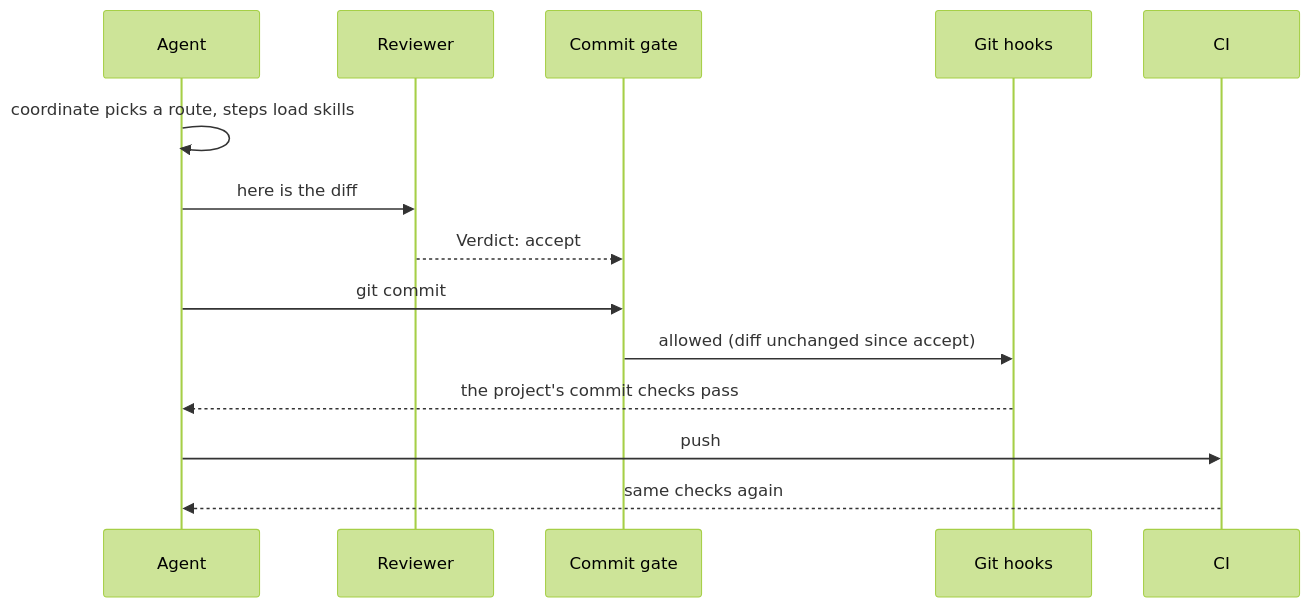
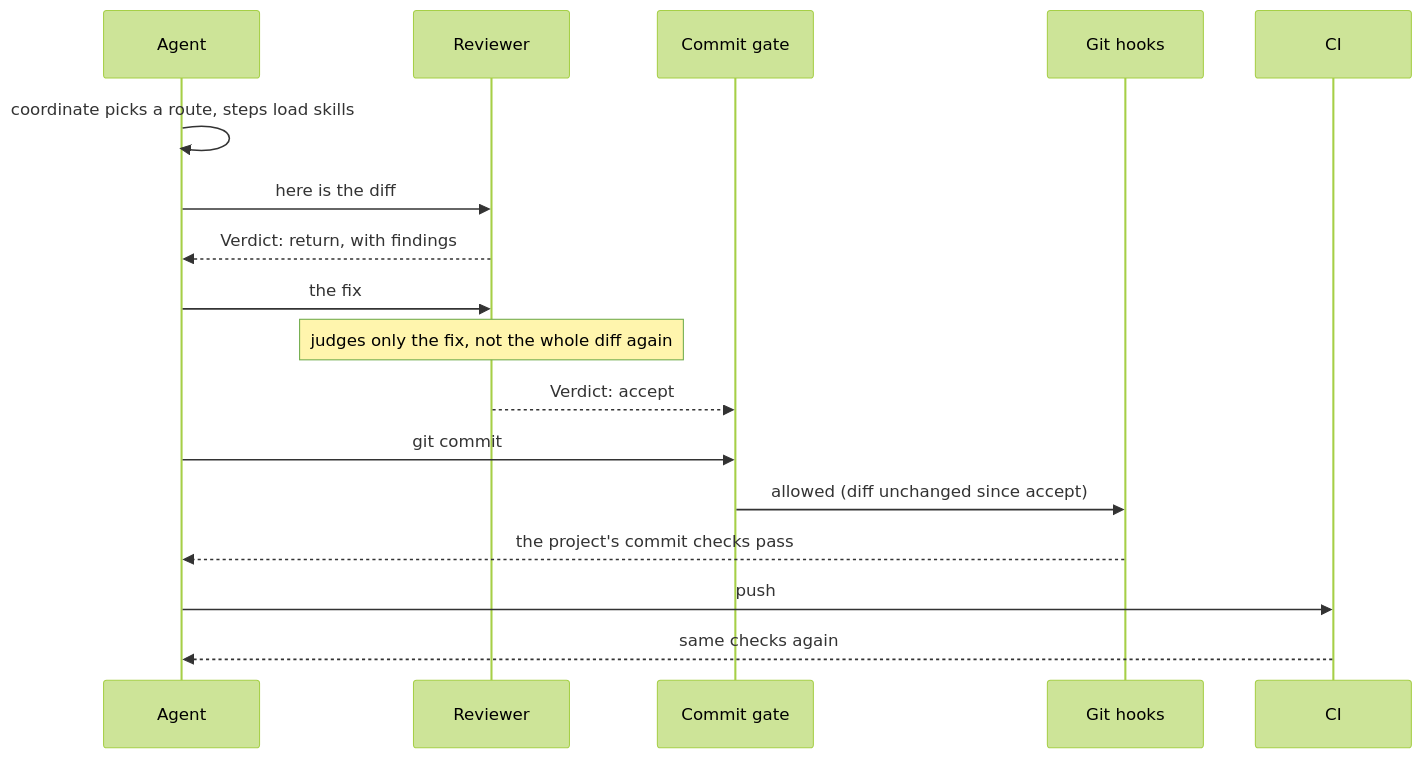
The second of 2 diagrams in README.md (cniska/agent-skills), drawn with Mermaid (forest theme) before and after one commit.

Commit message:
docs(readme): show the reviewer's return loop

````diff
--- a/README.md
+++ b/README.md
@@ -85,16 +85,19 @@
 ```mermaid
 sequenceDiagram
   participant A as Agent
   participant V as Reviewer
   participant P as Commit gate
   participant G as Git hooks
   participant C as CI
   A->>A: coordinate picks a route, steps load skills
   A->>V: here is the diff
+  V-->>A: Verdict: return, with findings
+  A->>V: the fix
+  Note over V: judges only the fix, not the whole diff again
   V-->>P: Verdict: accept
   A->>P: git commit
   P->>G: allowed (diff unchanged since accept)
   G-->>A: the project's commit checks pass
   A->>C: push
   C-->>A: same checks again
 ```
````
